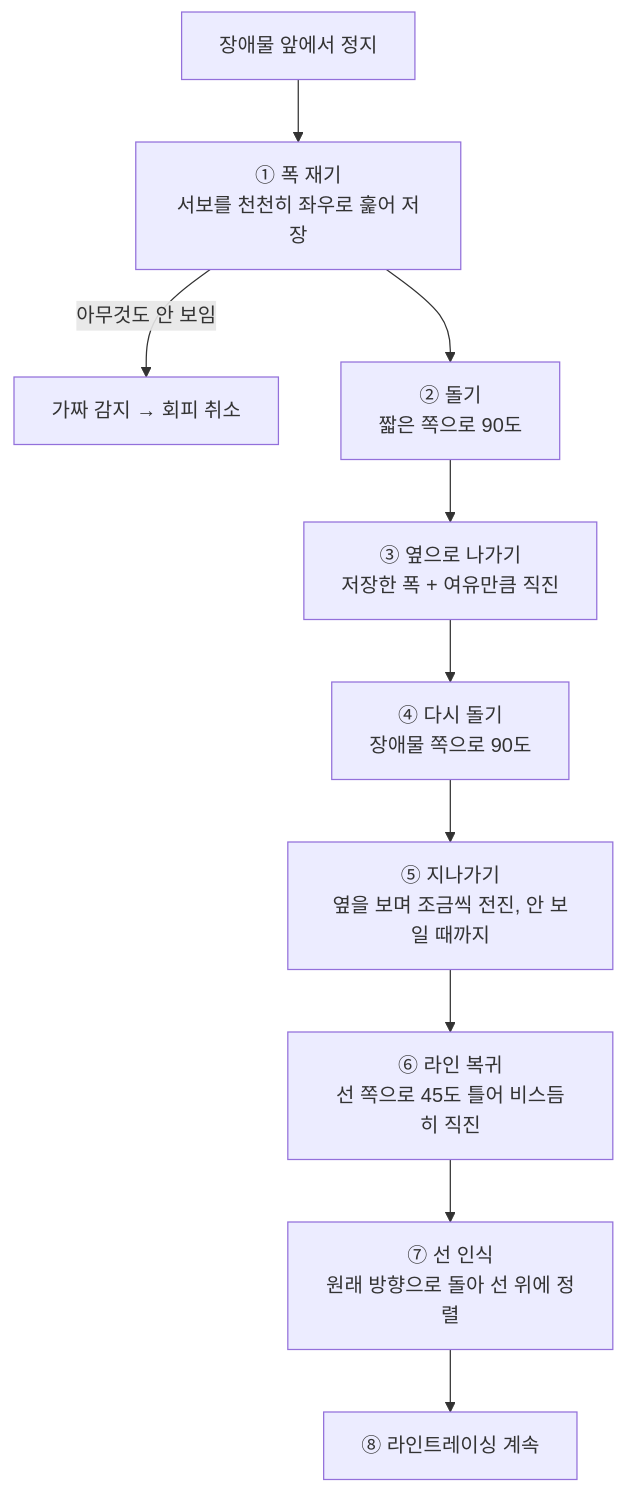
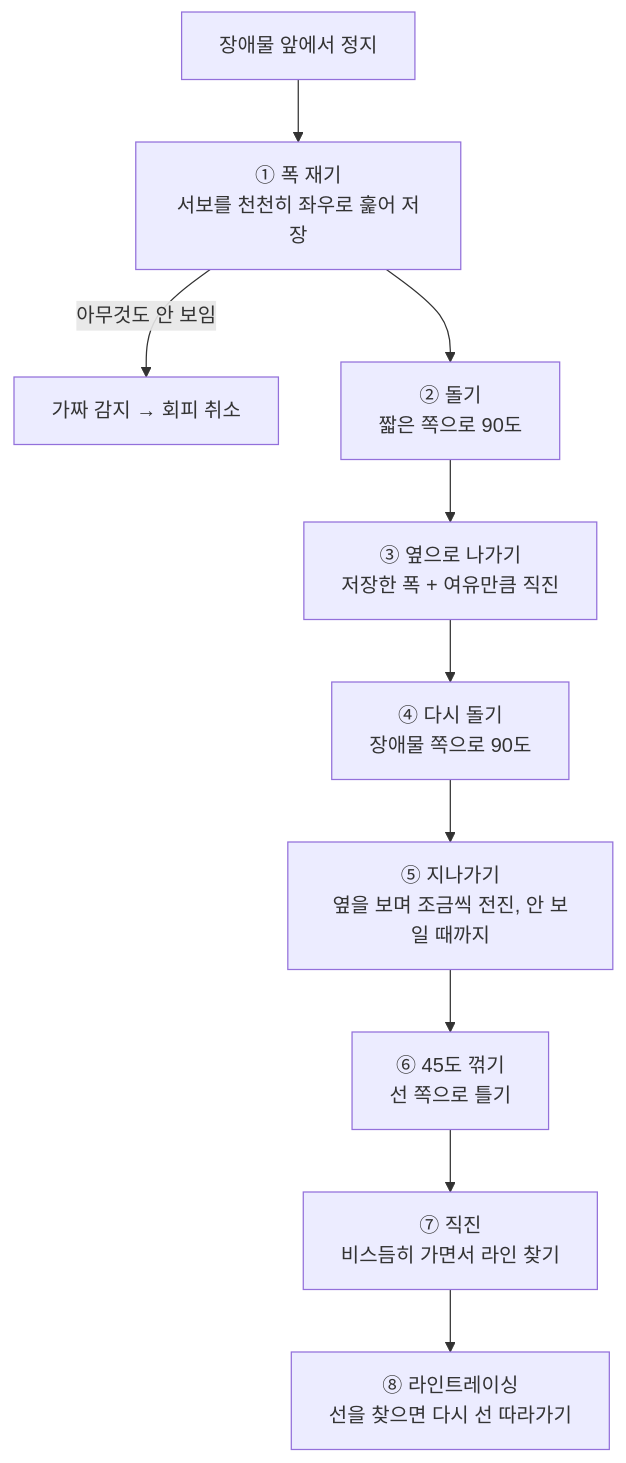
One commit to CHOESEUNGJUN/4wd-rc-car-line-tracer changed the second of 2 diagrams in README.md. Above: the diagram before and after it, drawn with Mermaid. The commit also changed other lines of this file and 1 other file, not shown here.

Commit message:
[미완성] README 6~8번 단계 번호 수정 (6: 45도 꺾기, 7: 직진하며 라인 찾기, 8: 라인트레이싱)

````diff
--- a/README.md
+++ b/README.md
@@ -62,12 +62,12 @@
 ```mermaid
 flowchart TD
     S[장애물 앞에서 정지] --> M["① 폭 재기<br/>서보를 천천히 좌우로 훑어 저장"]
     M -- 아무것도 안 보임 --> X[가짜 감지 → 회피 취소]
     M --> T["② 돌기<br/>짧은 쪽으로 90도"]
     T --> P1["③ 옆으로 나가기<br/>저장한 폭 + 여유만큼 직진"]
     P1 --> T2["④ 다시 돌기<br/>장애물 쪽으로 90도"]
     T2 --> P2["⑤ 지나가기<br/>옆을 보며 조금씩 전진, 안 보일 때까지"]
-    P2 --> R["⑥ 라인 복귀<br/>선 쪽으로 45도 틀어 비스듬히 직진"]
-    R --> F["⑦ 선 인식<br/>원래 방향으로 돌아 선 위에 정렬"]
-    F --> L["⑧ 라인트레이싱 계속"]
+    P2 --> R["⑥ 45도 꺾기<br/>선 쪽으로 틀기"]
+    R --> F["⑦ 직진<br/>비스듬히 가면서 라인 찾기"]
+    F --> L["⑧ 라인트레이싱<br/>선을 찾으면 다시 선 따라가기"]
 ```
````
